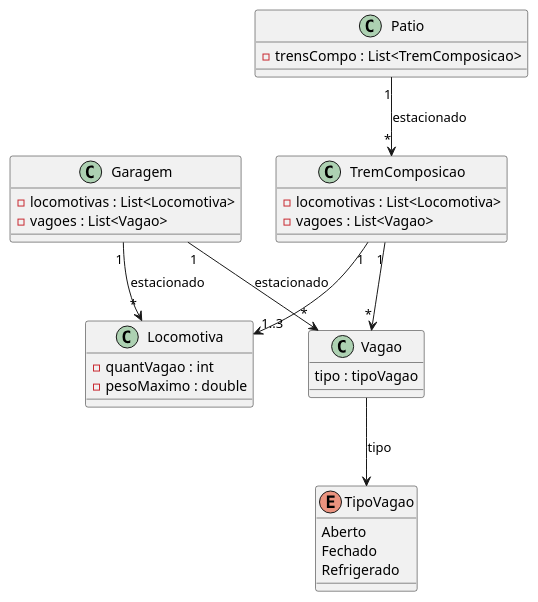
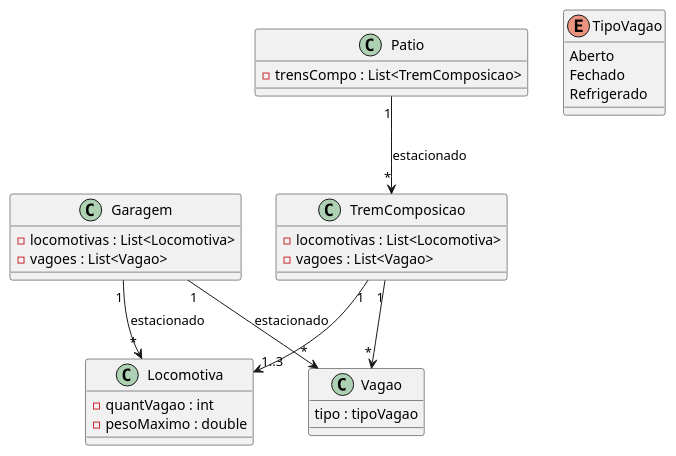
Before and after one commit to DrakRosmann/POO_2026: the diagram in ferrovia/src/main/java/guir/ferrovia.puml, drawn with PlantUML. The commit also changed 2 other files, not shown here.

```diff
--- a/ferrovia/src/main/java/guir/ferrovia.puml
+++ b/ferrovia/src/main/java/guir/ferrovia.puml
@@ -1,40 +1,40 @@
 @startuml
 class Patio{
     - trensCompo : List<TremComposicao>
 }
 
 class Garagem{
     - locomotivas : List<Locomotiva>
     - vagoes : List<Vagao>
 }
 
 class TremComposicao{
     - locomotivas : List<Locomotiva>
     - vagoes : List<Vagao>
 }
 
 class Locomotiva{
     -quantVagao : int
     -pesoMaximo : double
 }
 
 class Vagao{
     tipo : tipoVagao
 }
 
 enum TipoVagao{
     Aberto
     Fechado
     Refrigerado
 }
 
 
 'RELAÇÔES'
 Patio "1" --> "*" TremComposicao : estacionado
 Garagem "1"-->"*" Locomotiva : estacionado
 Garagem "1"-->"*" Vagao : estacionado
 
-Vagao --> TipoVagao : tipo
+
 TremComposicao "1"-->"*" Vagao
 TremComposicao "1"-->"1..3" Locomotiva
 @enduml
```
